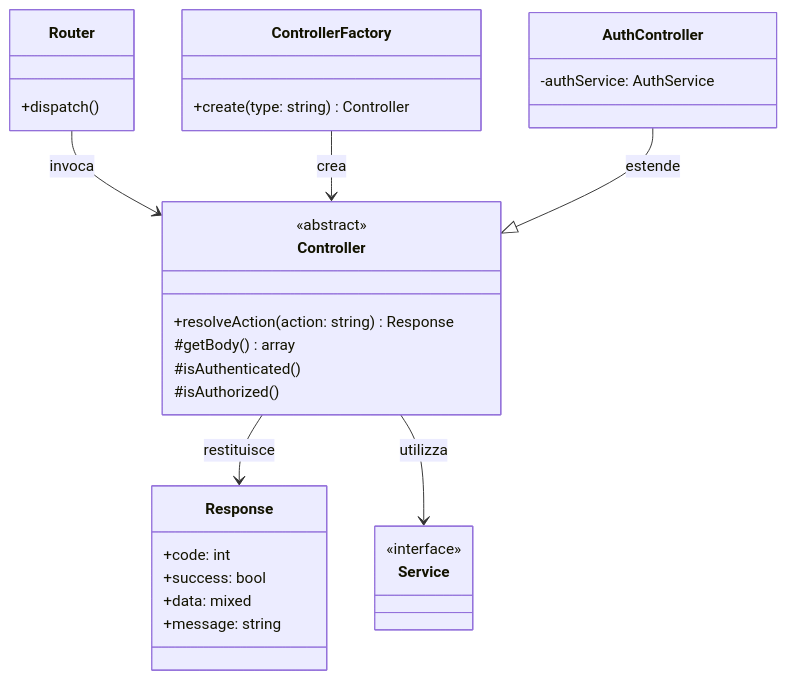
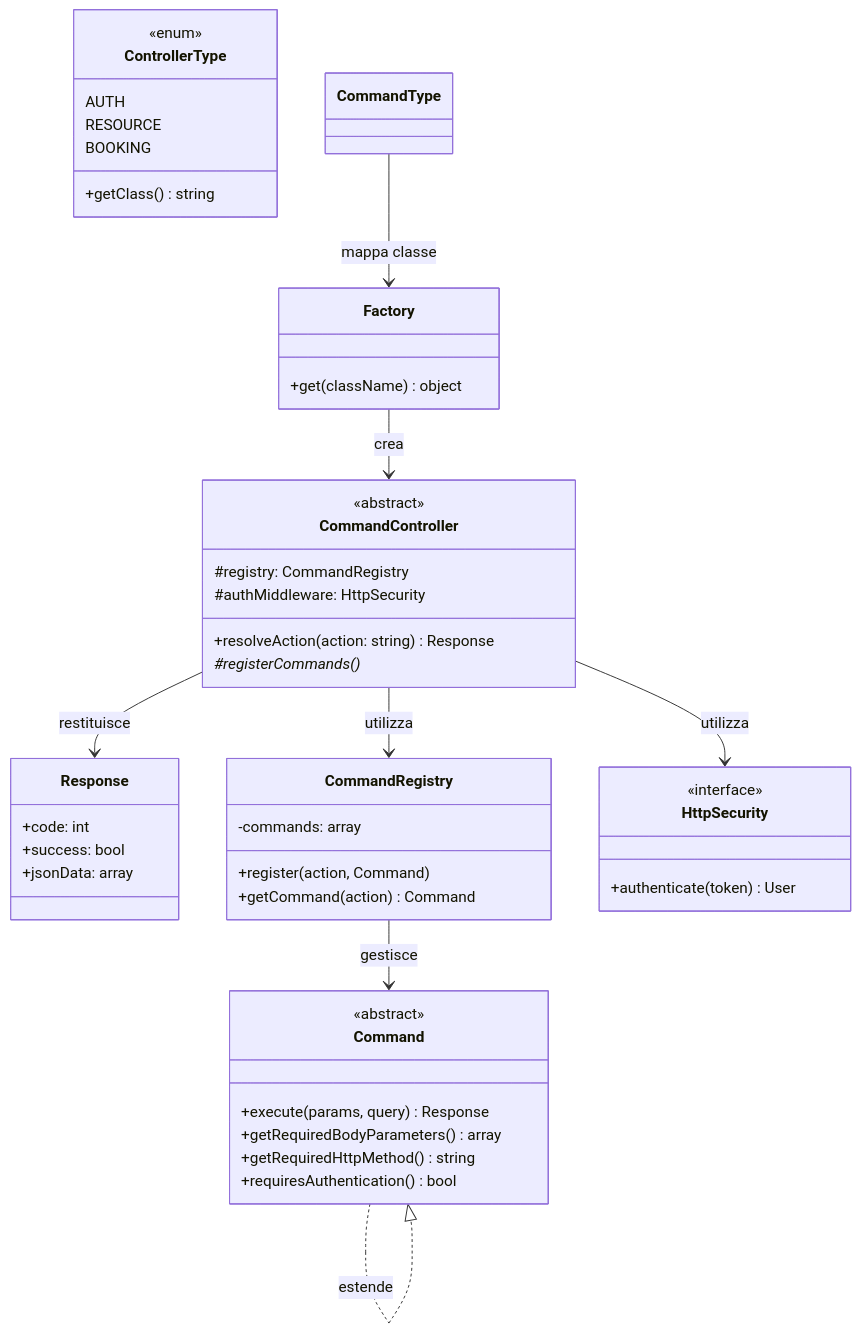
The fourth of 5 diagrams in consegna docu/architettura_base/Controller.md (mb4dev/progetto-prova), drawn with Mermaid before and after one commit. The commit also changed other lines of this file and 6 other files, not shown here.

````diff
--- a/consegna docu/architettura_base/Controller.md
+++ b/consegna docu/architettura_base/Controller.md
@@ -75,40 +117,55 @@
 ```mermaid
 classDiagram
-class Controller {
+class CommandController {
     <<abstract>>
+    #registry: CommandRegistry
+    #authMiddleware: HttpSecurity
     +resolveAction(action: string) Response
-    #getBody() array
-
-    #isAuthenticated()
-    #isAuthorized()
+    #registerCommands()*
 }
 
 class Response {
     +code: int
     +success: bool
-    +data: mixed
-    +message: string
+    +jsonData: array
 }
 
-class Service {
-    <<interface>>
+class CommandRegistry {
+    -commands: array
+    +register(action, Command)
+    +getCommand(action) Command
 }
 
-class Router {
-    +dispatch()
+class HttpSecurity {
+    <<interface>>
+    +authenticate(token) User
 }
 
-class ControllerFactory {
-    +create(type: string) Controller
+class Command {
+    <<abstract>>
+    +execute(params, query) Response
+    +getRequiredBodyParameters() array
+    +getRequiredHttpMethod() string
+    +requiresAuthentication() bool
 }
 
-class AuthController {
-    -authService: AuthService
+class Factory {
+    +get(className) object
 }
 
-Controller --> Response : restituisce
-Controller --> Service : utilizza
-Router --> Controller : invoca
-ControllerFactory --> Controller : crea
-AuthController --|> Controller : estende
+class ControllerType {
+    <<enum>>
+    AUTH
+    RESOURCE
+    BOOKING
+    +getClass() string
+}
+
+CommandController --> CommandRegistry : utilizza
+CommandController --> HttpSecurity : utilizza
+CommandController --> Response : restituisce
+CommandRegistry --> Command : gestisce
+Command ..|> Command : estende
+Factory --> CommandController : crea
+CommandType --> Factory : mappa classe
 ```
````
